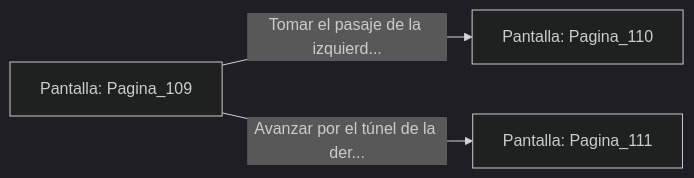
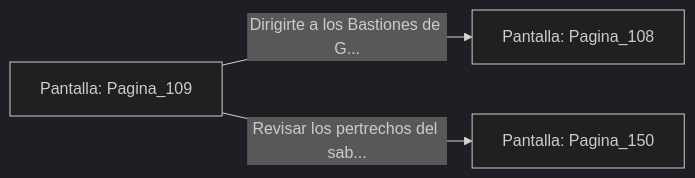
Before and after one commit to metsuke/mpl: the diagram in sample/eligejuego-vault/Pantalla_Pagina_109.md, drawn with Mermaid (dark theme). The commit also changed other lines of this file and 635 other files, not shown here.

First line of the commit message:
fix: añadir Pagina_1 como pantalla inicial en capitulo_01.mpl

````diff
--- a/sample/eligejuego-vault/Pantalla_Pagina_109.md
+++ b/sample/eligejuego-vault/Pantalla_Pagina_109.md
@@ -20,6 +24,6 @@
 ```mermaid
 graph LR
     P_Pagina_109["Pantalla: Pagina_109"]
-    P_Pagina_109 -->|"Tomar el pasaje de la izquierd..."| P_Pagina_110["Pantalla: Pagina_110"]
-    P_Pagina_109 -->|"Avanzar por el túnel de la der..."| P_Pagina_111["Pantalla: Pagina_111"]
+    P_Pagina_109 -->|"Dirigirte a los Bastiones de G..."| P_Pagina_108["Pantalla: Pagina_108"]
+    P_Pagina_109 -->|"Revisar los pertrechos del sab..."| P_Pagina_150["Pantalla: Pagina_150"]
 ```
````
